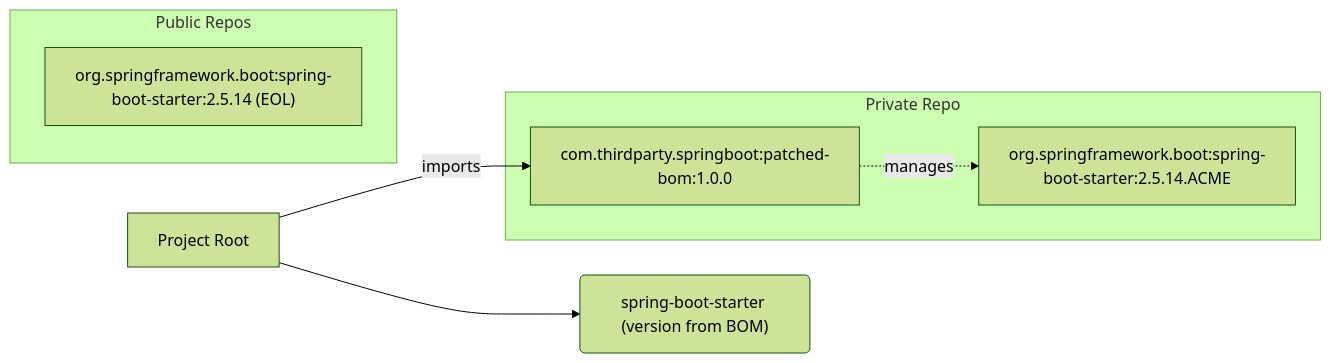
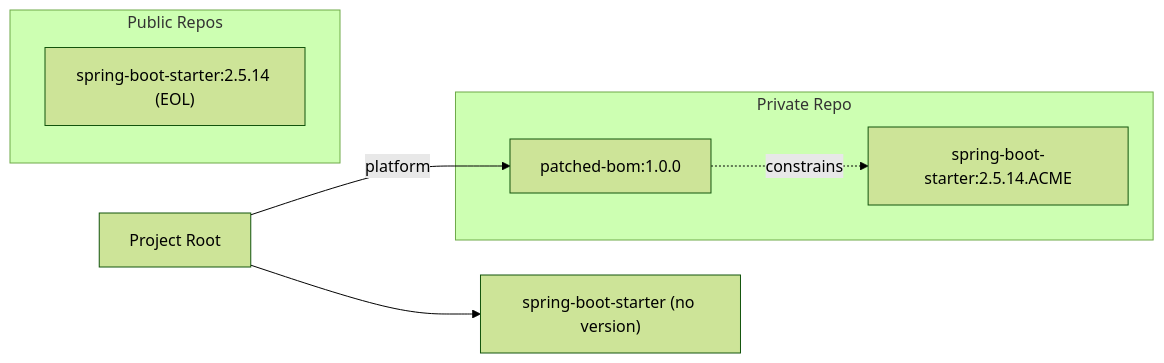
One commit to JavaDependencyHell/fieldguide changed the diagram in demos/gradle-demo/scenario-16-private-bom/guide.qmd. Above: the diagram before and after it, drawn with Mermaid (forest theme). The commit also changed other lines of this file and 208 other files, not shown here.

````diff
--- a/demos/gradle-demo/scenario-16-private-bom/guide.qmd
+++ b/demos/gradle-demo/scenario-16-private-bom/guide.qmd
@@ -21,15 +21,14 @@
 ```{mermaid}
 %%| fig-width: 4.4
 graph LR
     subgraph Public Repos
-        SpringBoot["org.springframework.boot:spring-boot-starter:2.5.14 (EOL)"]
+        SpringBoot["spring-boot-starter:2.5.14 (EOL)"]
     end
     subgraph Private Repo
-        PatchedStarter["org.springframework.boot:spring-boot-starter:2.5.14.ACME"]
-        VendorBOM["com.thirdparty.springboot:patched-bom:1.0.0"]
-        VendorBOM -. manages .-> PatchedStarter
+        VendorBOM["patched-bom:1.0.0"]
+        PatchedStarter["spring-boot-starter:2.5.14.ACME"]
+        VendorBOM -. constrains .-> PatchedStarter
     end
-    Root[Project Root] -- imports --> VendorBOM
-    Root --> SpringBoot_Declared("spring-boot-starter (version from BOM)")
-
+    Root[Project Root] -- platform --> VendorBOM
+    Root --> Declared["spring-boot-starter (no version)"]
 ```
````
